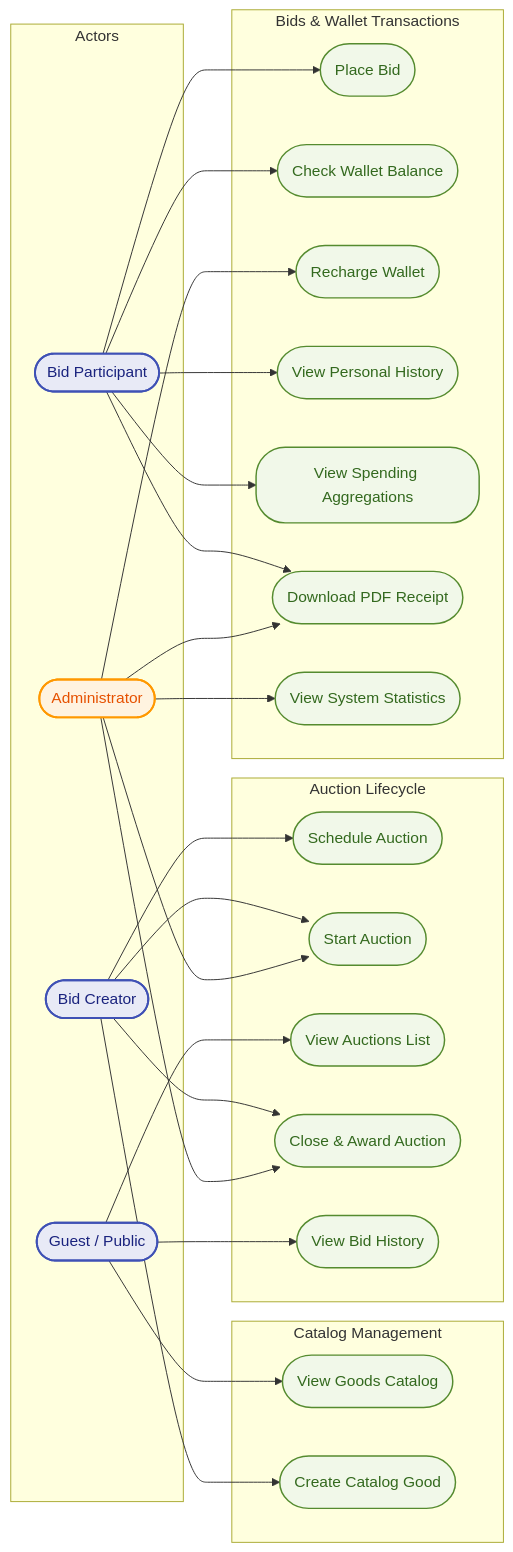
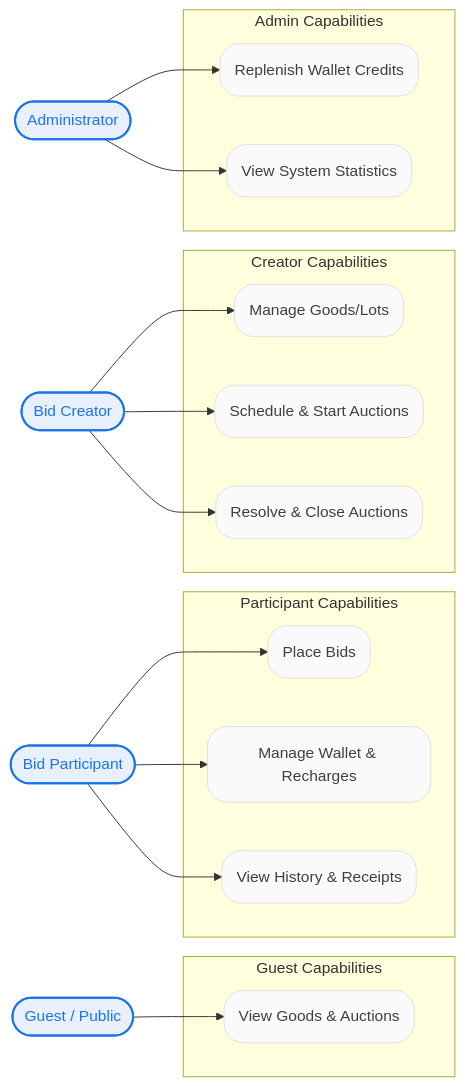
The fourth of 6 diagrams in README.md (HassenChaaben/Auction-management-backend-app), drawn with Mermaid before and after one commit. The commit also changed other lines of this file, not shown here.

Commit message:
docs: simplify UML diagrams for maximum human legibility and zero crossing lines

````diff
--- a/README.md
+++ b/README.md
@@ -294,63 +294,48 @@
 ```mermaid
 graph LR
-    %% Modern Color Definitions
-    classDef actor fill:#e8eaf6,stroke:#3f51b5,stroke-width:2px,color:#1a237e,rx:10px,ry:10px;
-    classDef usecase fill:#f1f8e9,stroke:#558b2f,stroke-width:1.5px,color:#33691e,rx:30px,ry:30px;
-    classDef admin fill:#fff3e0,stroke:#ff9800,stroke-width:2px,color:#e65100,rx:10px,ry:10px;
+    %% Modern Theme Styles
+    classDef actor fill:#e8f0fe,stroke:#1a73e8,stroke-width:2px,color:#1a73e8,rx:5px,ry:5px;
+    classDef uc fill:#fafafa,stroke:#e0e0e0,stroke-width:1px,color:#3c4043,rx:20px,ry:20px;
+    
+    %% Actors
+    Guest([Guest / Public]):::actor
+    Participant([Bid Participant]):::actor
+    Creator([Bid Creator]):::actor
+    Admin([Administrator]):::actor
 
-    subgraph Users [Actors]
-        G([Guest / Public])
-        BC([Bid Creator])
-        BP([Bid Participant])
-        AD([Administrator])
+    %% Use Cases arranged by Actor to prevent crossing lines
+    subgraph GuestAccess [Guest Capabilities]
+        UC1(View Goods & Auctions):::uc
     end
 
-    subgraph Catalog [Catalog Management]
-        UC1(View Goods Catalog)
-        UC2(Create Catalog Good)
+    subgraph ParticipantAccess [Participant Capabilities]
+        UC2(Place Bids):::uc
+        UC3(Manage Wallet & Recharges):::uc
+        UC4(View History & Receipts):::uc
     end
 
-    subgraph Lifecycle [Auction Lifecycle]
-        UC3(Schedule Auction)
-        UC4(Start Auction)
-        UC5(View Auctions List)
-        UC6(Close & Award Auction)
-        UC7(View Bid History)
+    subgraph CreatorAccess [Creator Capabilities]
+        UC5(Manage Goods/Lots):::uc
+        UC6(Schedule & Start Auctions):::uc
+        UC7(Resolve & Close Auctions):::uc
     end
 
-    subgraph Operations [Bids & Wallet Transactions]
-        UC8(Place Bid)
-        UC9(Check Wallet Balance)
-        UC10(Recharge Wallet)
-        UC11(View Personal History)
-        UC12(View Spending Aggregations)
-        UC13(Download PDF Receipt)
-        UC14(View System Statistics)
+    subgraph AdminAccess [Admin Capabilities]
+        UC8(Replenish Wallet Credits):::uc
+        UC9(View System Statistics):::uc
     end
 
-    %% Relations
-    G --> UC1
-    G --> UC5
-    G --> UC7
+    %% Simple, direct connections
+    Guest --> UC1
+    
+    Participant --> UC2
+    Participant --> UC3
+    Participant --> UC4
 
-    BC --> UC2
-    BC --> UC3
-    BC --> UC4
-    BC --> UC6
+    Creator --> UC5
+    Creator --> UC6
+    Creator --> UC7
 
-    BP --> UC8
-    BP --> UC9
-    BP --> UC11
-    BP --> UC12
-    BP --> UC13
-
-    AD --> UC4
-    AD --> UC6
-    AD --> UC10
-    AD --> UC13
-    AD --> UC14
-
-    class G,BC,BP actor;
-    class AD admin;
-    class UC1,UC2,UC3,UC4,UC5,UC6,UC7,UC8,UC9,UC10,UC11,UC12,UC13,UC14 usecase;
+    Admin --> UC8
+    Admin --> UC9
 ```
````
